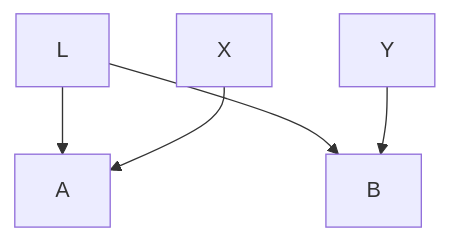
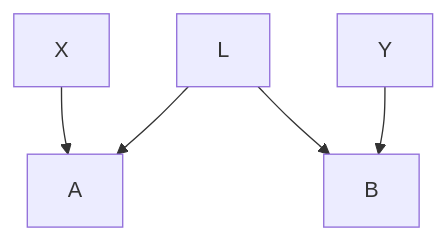
One commit to ADB991/academic-kickstart changed the diagram in content/sample/index.md. Above: the diagram before and after it, drawn with Mermaid. The commit also changed other lines of this file and 1 other file, not shown here.

````diff
--- a/content/sample/index.md
+++ b/content/sample/index.md
@@ -44,7 +44,7 @@
 ```mermaid
 graph TD;
+  X-->A;
   L-->A;
   L-->B;
-  X-->A;
   Y-->B;
 ```
````
